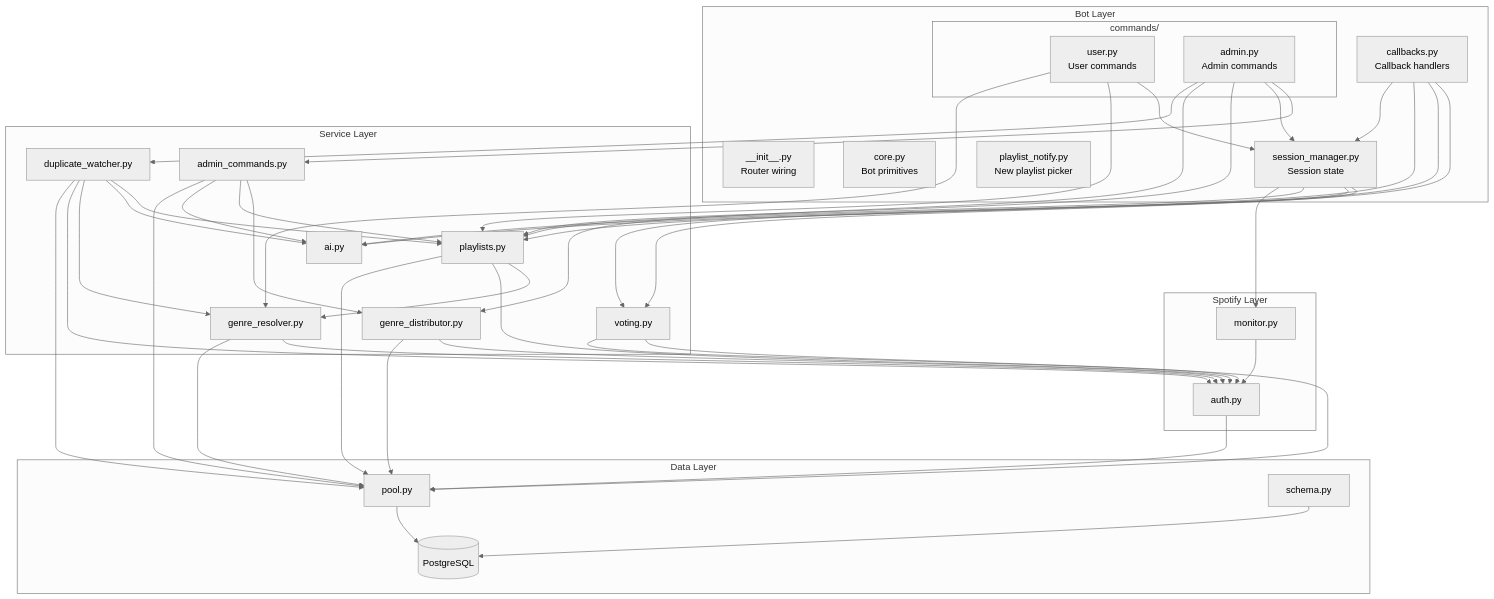
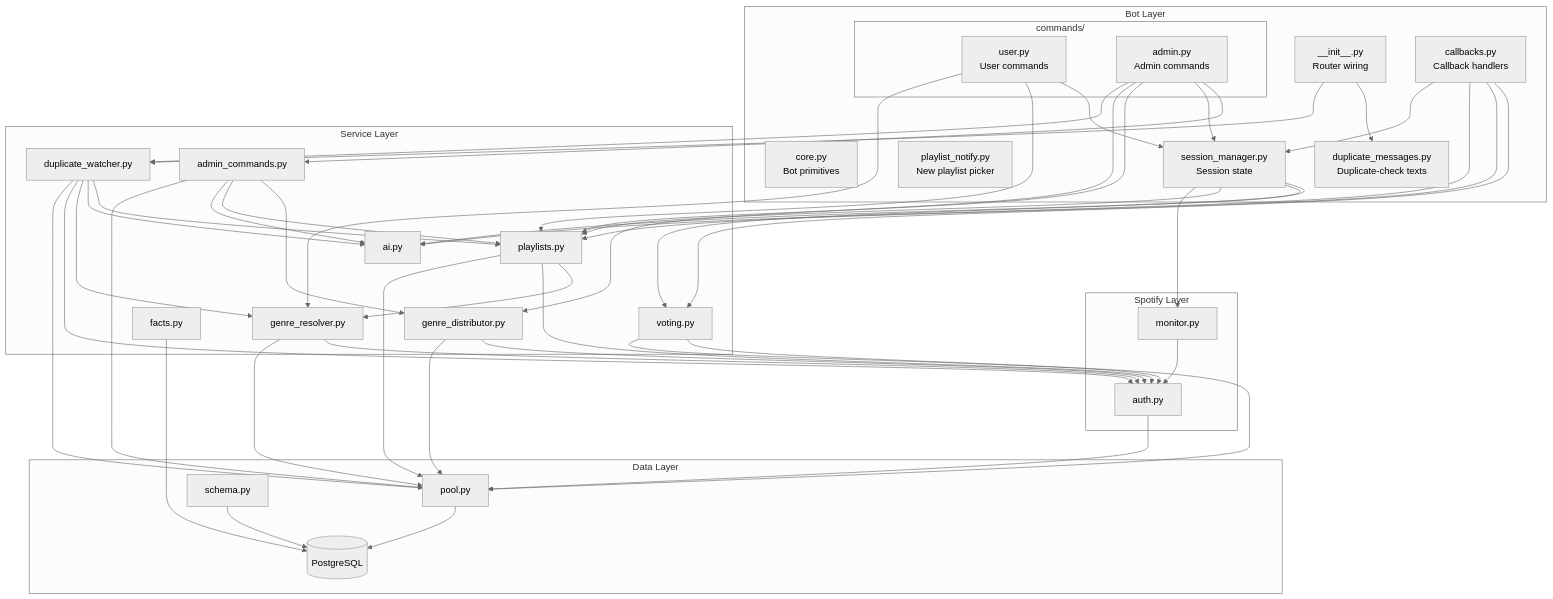
The diagram in docs/architecture/01-modules.md (ndomanovskiy/maspotifybot), drawn with Mermaid (neutral theme) before and after one commit. The commit also changed other lines of this file and 30 other files, not shown here.

````diff
--- a/docs/architecture/01-modules.md
+++ b/docs/architecture/01-modules.md
@@ -10,6 +10,7 @@
         SM["session_manager.py<br/>Session state"]
         CB["callbacks.py<br/>Callback handlers"]
         PN["playlist_notify.py<br/>New playlist picker"]
+        DM["duplicate_messages.py<br/>Duplicate-check texts"]
         subgraph Commands["commands/"]
             USR["user.py<br/>User commands"]
             ADM["admin.py<br/>Admin commands"]
@@ -24,6 +25,7 @@
         GR[genre_resolver.py]
         AI[ai.py]
         DW[duplicate_watcher.py]
+        FA[facts.py]
     end
 
     subgraph Spotify["Spotify Layer"]
@@ -52,6 +54,8 @@
     ADM --> P
     ADM --> GD
     ADM --> DW
+    INIT --> DM
+    INIT --> DW
 
     AC --> GD
     AC --> P
@@ -80,4 +84,5 @@
 
     POOL --> DB
     SCH --> DB
+    FA --> DB
 ```
````
